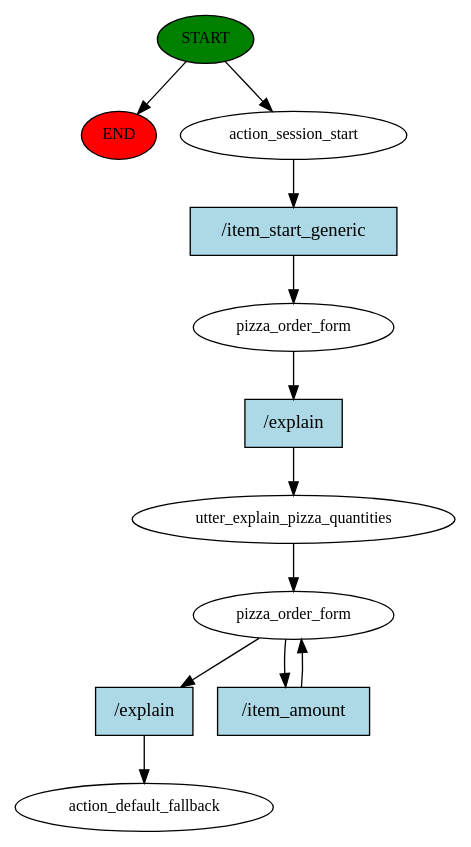
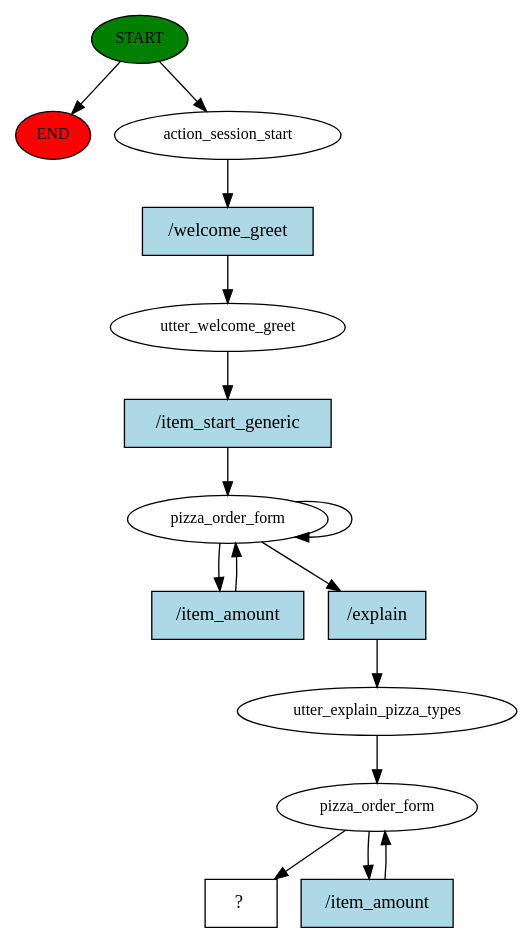
Before and after one commit to ericsua/PizzaBot: the diagram in story_graph.dot, drawn with Graphviz. The commit also changed 2 other files, not shown here.

Commit message:
fix explain with rules

```diff
--- a/story_graph.dot
+++ b/story_graph.dot
@@ -1,24 +1,30 @@
 digraph  {
 0 [class="start active", fillcolor=green, fontsize=12, label=START, style=filled];
 "-1" [class=end, fillcolor=red, fontsize=12, label=END, style=filled];
 1 [class=active, fontsize=12, label=action_session_start];
-2 [class=active, fontsize=12, label=pizza_order_form];
-3 [class=active, fontsize=12, label=utter_explain_pizza_quantities];
-4 [class=active, fontsize=12, label=pizza_order_form];
-6 [class="dashed active", fontsize=12, label=action_default_fallback];
-7 [class="intent active", fillcolor=lightblue, label="/item_start_generic", shape=rect, style=filled];
-8 [class="intent active", fillcolor=lightblue, label="/explain", shape=rect, style=filled];
-9 [class="intent active", fillcolor=lightblue, label="/explain", shape=rect, style=filled];
-10 [class="intent active", fillcolor=lightblue, label="/item_amount", shape=rect, style=filled];
+2 [class=active, fontsize=12, label=utter_welcome_greet];
+3 [class=active, fontsize=12, label=pizza_order_form];
+6 [class=active, fontsize=12, label=utter_explain_pizza_types];
+7 [class=active, fontsize=12, label=pizza_order_form];
+9 [class="intent dashed active", label="  ?  ", shape=rect];
+10 [class="intent active", fillcolor=lightblue, label="/welcome_greet", shape=rect, style=filled];
+11 [class="intent active", fillcolor=lightblue, label="/item_start_generic", shape=rect, style=filled];
+12 [class="intent active", fillcolor=lightblue, label="/item_amount", shape=rect, style=filled];
+13 [class="intent active", fillcolor=lightblue, label="/explain", shape=rect, style=filled];
+14 [class="intent active", fillcolor=lightblue, label="/item_amount", shape=rect, style=filled];
 0 -> "-1"  [class="", key=NONE, label=""];
 0 -> 1  [class=active, key=NONE, label=""];
-1 -> 7  [class=active, key=0];
-2 -> 8  [class=active, key=0];
-3 -> 4  [class=active, key=NONE, label=""];
-4 -> 9  [class=active, key=0];
-4 -> 10  [class=active, key=0];
-7 -> 2  [class=active, key=0];
-8 -> 3  [class=active, key=0];
-9 -> 6  [class=active, key=0];
-10 -> 4  [class=active, key=0];
+1 -> 10  [class=active, key=0];
+2 -> 11  [class=active, key=0];
+3 -> 3  [class=active, key=NONE, label=""];
+3 -> 12  [class=active, key=0];
+3 -> 13  [class=active, key=0];
+6 -> 7  [class=active, key=NONE, label=""];
+7 -> 9  [class=active, key=NONE, label=""];
+7 -> 14  [class=active, key=0];
+10 -> 2  [class=active, key=0];
+11 -> 3  [class=active, key=0];
+12 -> 3  [class=active, key=0];
+13 -> 6  [class=active, key=0];
+14 -> 7  [class=active, key=0];
 }
```
